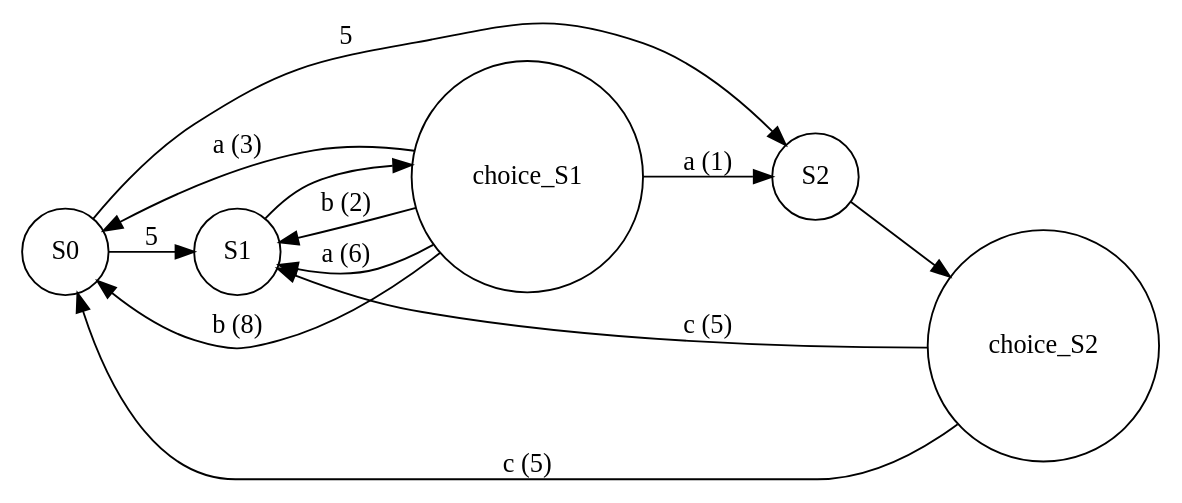
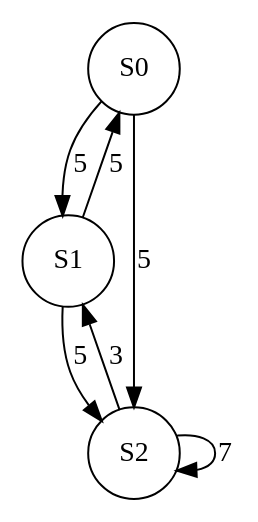
One commit to Leo2999/mpar-projet changed the diagram in Markov.gv. Above: the diagram before and after it, drawn with Graphviz. The commit also changed 2 other files, not shown here.

Commit message:
graph markov_chain

```diff
--- a/Markov.gv
+++ b/Markov.gv
@@ -1,20 +1,13 @@
 digraph Markov {
-	rankdir=LR size="8,5"
+	rankdir=M size="8,5"
 	node [shape=circle]
 	S0
 	S1
 	S2
-	choice_S1 [shape=circle width=0.01]
-	S1 -> choice_S1
-	choice_S1 -> S1 [label="b (2)"]
-	choice_S1 -> S0 [label="b (8)"]
-	choice_S1 -> S2 [label="a (1)"]
-	choice_S1 -> S0 [label="a (3)"]
-	choice_S1 -> S1 [label="a (6)"]
-	choice_S2 [shape=circle width=0.01]
-	S2 -> choice_S2
-	choice_S2 -> S0 [label="c (5)"]
-	choice_S2 -> S1 [label="c (5)"]
 	S0 -> S1 [label=5]
 	S0 -> S2 [label=5]
+	S1 -> S0 [label=5]
+	S1 -> S2 [label=5]
+	S2 -> S2 [label=7]
+	S2 -> S1 [label=3]
 }
```
